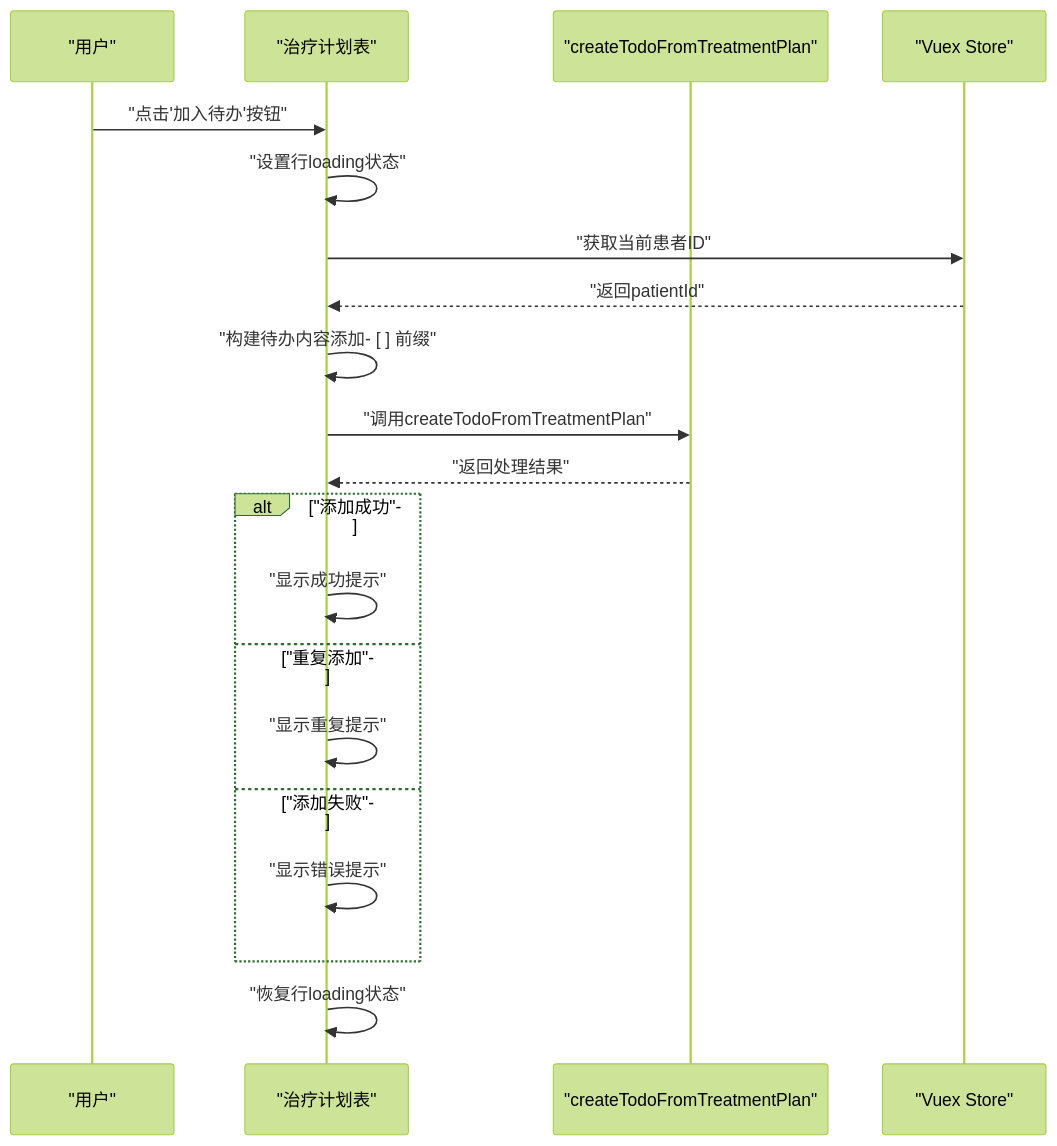
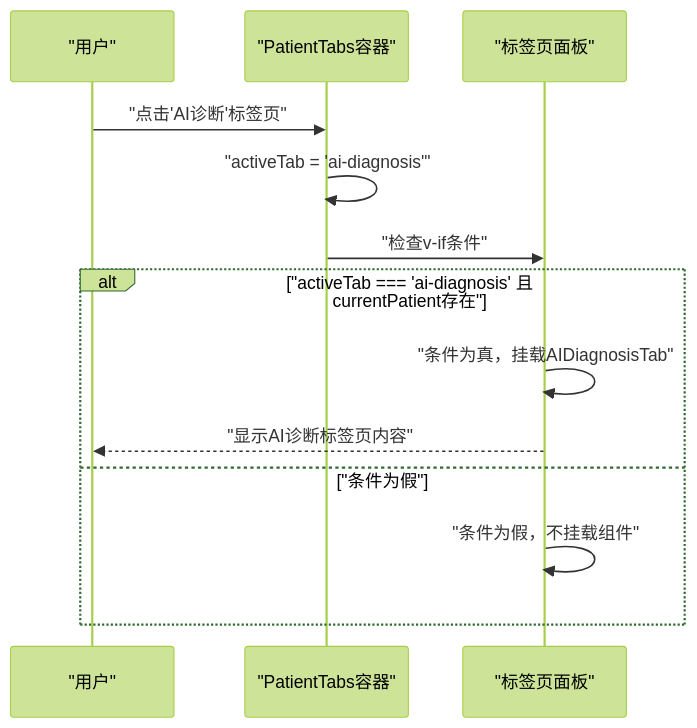
Before and after one commit to liuzh2008/med_ai_assistant_workspace: the fourth of 29 diagrams in .qoder/repowiki/zh/content/核心功能模块/AI诊断辅助系统.md, drawn with Mermaid (forest theme). The commit also changed other lines of this file and 9 other files, not shown here.

````diff
--- a/.qoder/repowiki/zh/content/核心功能模块/AI诊断辅助系统.md
+++ b/.qoder/repowiki/zh/content/核心功能模块/AI诊断辅助系统.md
@@ -494,22 +487,15 @@
 ```mermaid
 sequenceDiagram
 participant User as "用户"
-participant TreatmentPlan as "治疗计划表"
-participant API as "createTodoFromTreatmentPlan"
-participant Store as "Vuex Store"
-User->>TreatmentPlan : "点击'加入待办'按钮"
-TreatmentPlan->>TreatmentPlan : "设置行loading状态"
-TreatmentPlan->>Store : "获取当前患者ID"
-Store-->>TreatmentPlan : "返回patientId"
-TreatmentPlan->>TreatmentPlan : "构建待办内容添加- [ ] 前缀"
-TreatmentPlan->>API : "调用createTodoFromTreatmentPlan"
-API-->>TreatmentPlan : "返回处理结果"
-alt "添加成功"
-TreatmentPlan->>TreatmentPlan : "显示成功提示"
-else "重复添加"
-TreatmentPlan->>TreatmentPlan : "显示重复提示"
-else "添加失败"
-TreatmentPlan->>TreatmentPlan : "显示错误提示"
+participant PatientTabs as "PatientTabs容器"
+participant TabPane as "标签页面板"
+User->>PatientTabs : "点击'AI诊断'标签页"
+PatientTabs->>PatientTabs : "activeTab = 'ai-diagnosis'"
+PatientTabs->>TabPane : "检查v-if条件"
+alt "activeTab === 'ai-diagnosis' 且 currentPatient存在"
+TabPane->>TabPane : "条件为真，挂载AIDiagnosisTab"
+TabPane-->>User : "显示AI诊断标签页内容"
+else "条件为假"
+TabPane->>TabPane : "条件为假，不挂载组件"
 end
-TreatmentPlan->>TreatmentPlan : "恢复行loading状态"
 ```
````
